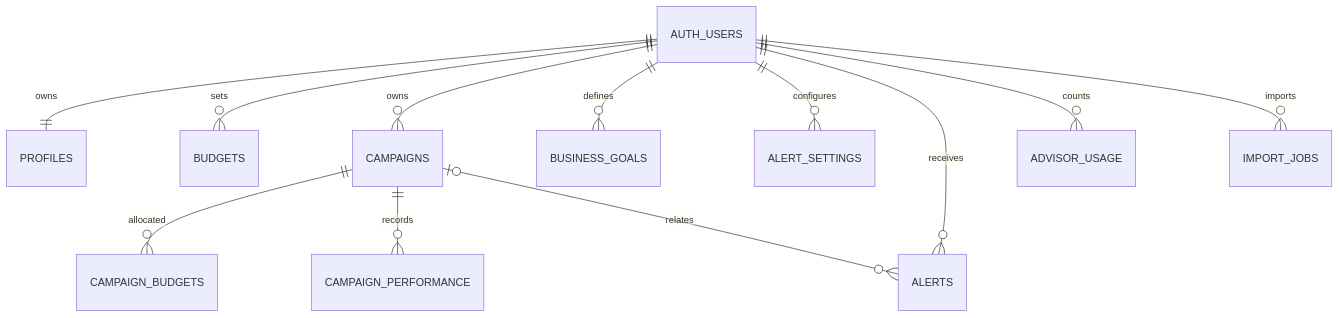
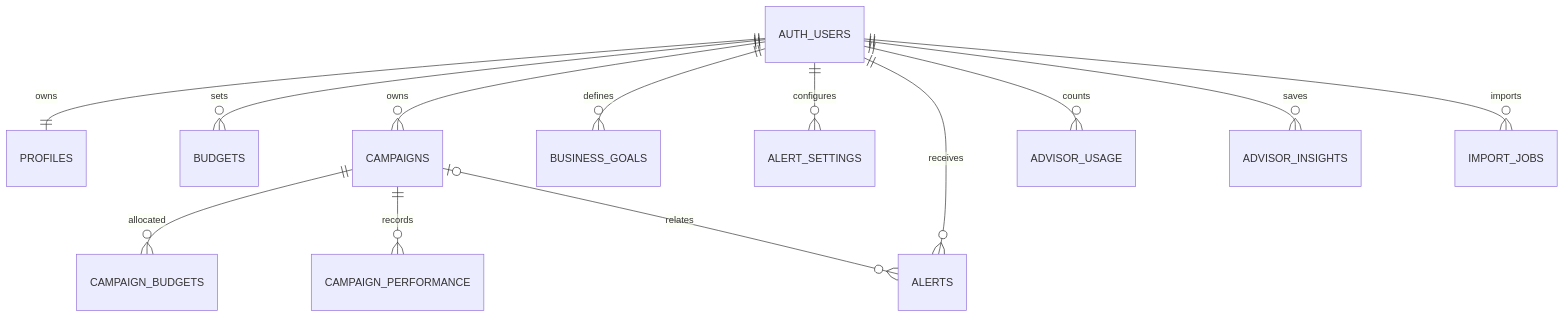
The second of 2 diagrams in spec/ARCHITECTURE.md (rotemtarter/BUDGI), drawn with Mermaid before and after one commit. The commit also changed other lines of this file and 41 other files, not shown here.

````diff
--- a/spec/ARCHITECTURE.md
+++ b/spec/ARCHITECTURE.md
@@ -434,14 +435,15 @@
 ``` mermaid
 erDiagram
     AUTH_USERS ||--|| PROFILES : owns
     AUTH_USERS ||--o{ BUDGETS : sets
     AUTH_USERS ||--o{ CAMPAIGNS : owns
     CAMPAIGNS ||--o{ CAMPAIGN_BUDGETS : allocated
     CAMPAIGNS ||--o{ CAMPAIGN_PERFORMANCE : records
     AUTH_USERS ||--o{ BUSINESS_GOALS : defines
     AUTH_USERS ||--o{ ALERT_SETTINGS : configures
     AUTH_USERS ||--o{ ALERTS : receives
     CAMPAIGNS o|--o{ ALERTS : relates
     AUTH_USERS ||--o{ ADVISOR_USAGE : counts
+    AUTH_USERS ||--o{ ADVISOR_INSIGHTS : saves
     AUTH_USERS ||--o{ IMPORT_JOBS : imports
 ```
````
